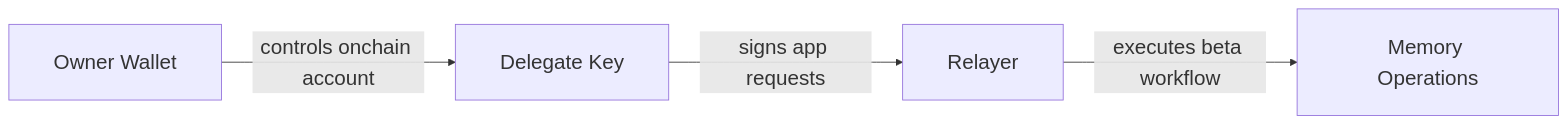
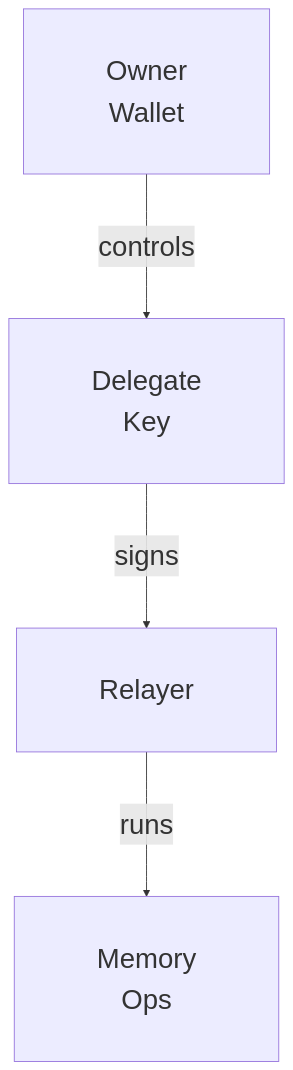
The diagram in docs/concepts/ownership-and-access.md (MystenLabs/MemWal), drawn with Mermaid before and after one commit. The commit also changed other lines of this file and 30 other files, not shown here.

First line of the commit message:
docs: tighten builder-facing docs and diagrams

````diff
--- a/docs/concepts/ownership-and-access.md
+++ b/docs/concepts/ownership-and-access.md
@@ -7,19 +7,19 @@
 ```mermaid
 %%{init: {
-  "themeVariables": { "fontSize": "24px" },
+  "themeVariables": { "fontSize": "32px" },
   "flowchart": {
-    "nodeSpacing": 58,
-    "rankSpacing": 72,
-    "padding": 26
+    "nodeSpacing": 95,
+    "rankSpacing": 120,
+    "padding": 48
   }
 }}%%
-flowchart LR
-    Owner[Owner Wallet]
-    Delegate[Delegate Key]
+flowchart TD
+    Owner[Owner<br/>Wallet]
+    Delegate[Delegate<br/>Key]
     Relayer[Relayer]
-    Memory[Memory Operations]
+    Memory[Memory<br/>Ops]
 
-    Owner -->|controls onchain account| Delegate
-    Delegate -->|signs app requests| Relayer
-    Relayer -->|executes beta workflow| Memory
+    Owner -->|controls| Delegate
+    Delegate -->|signs| Relayer
+    Relayer -->|runs| Memory
 ```
````
